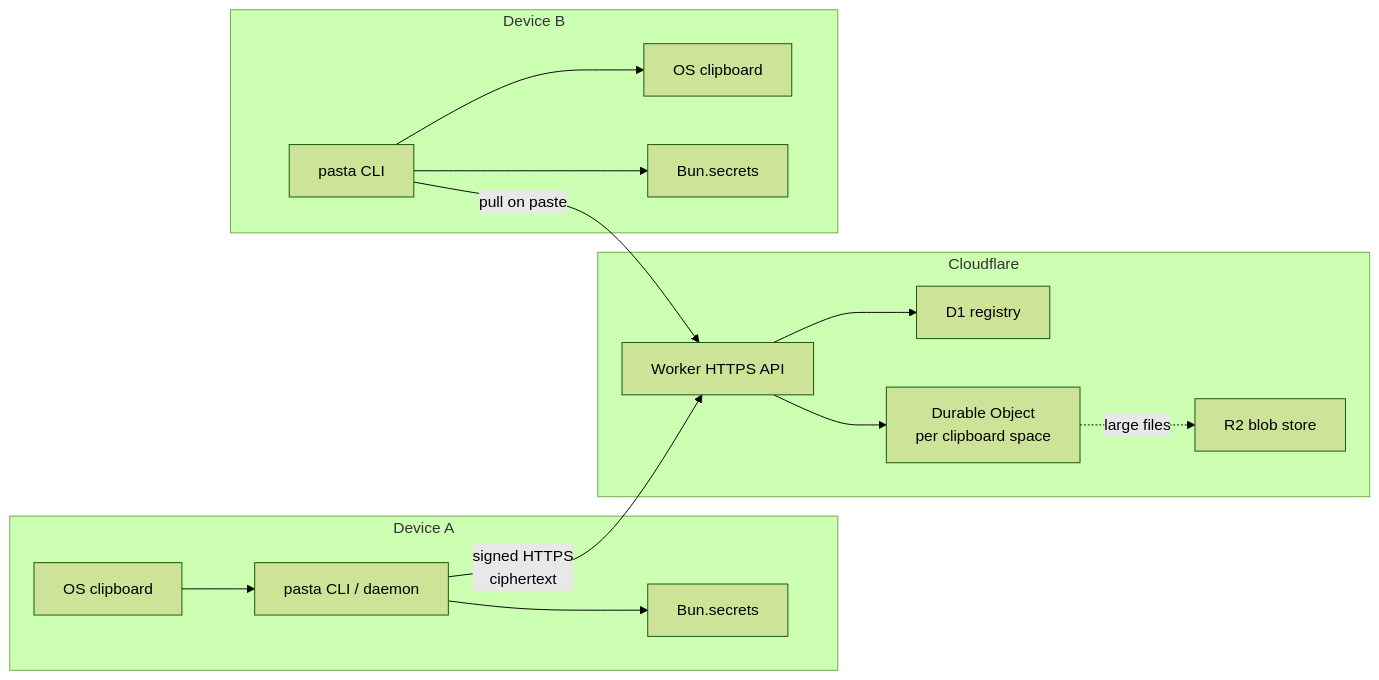
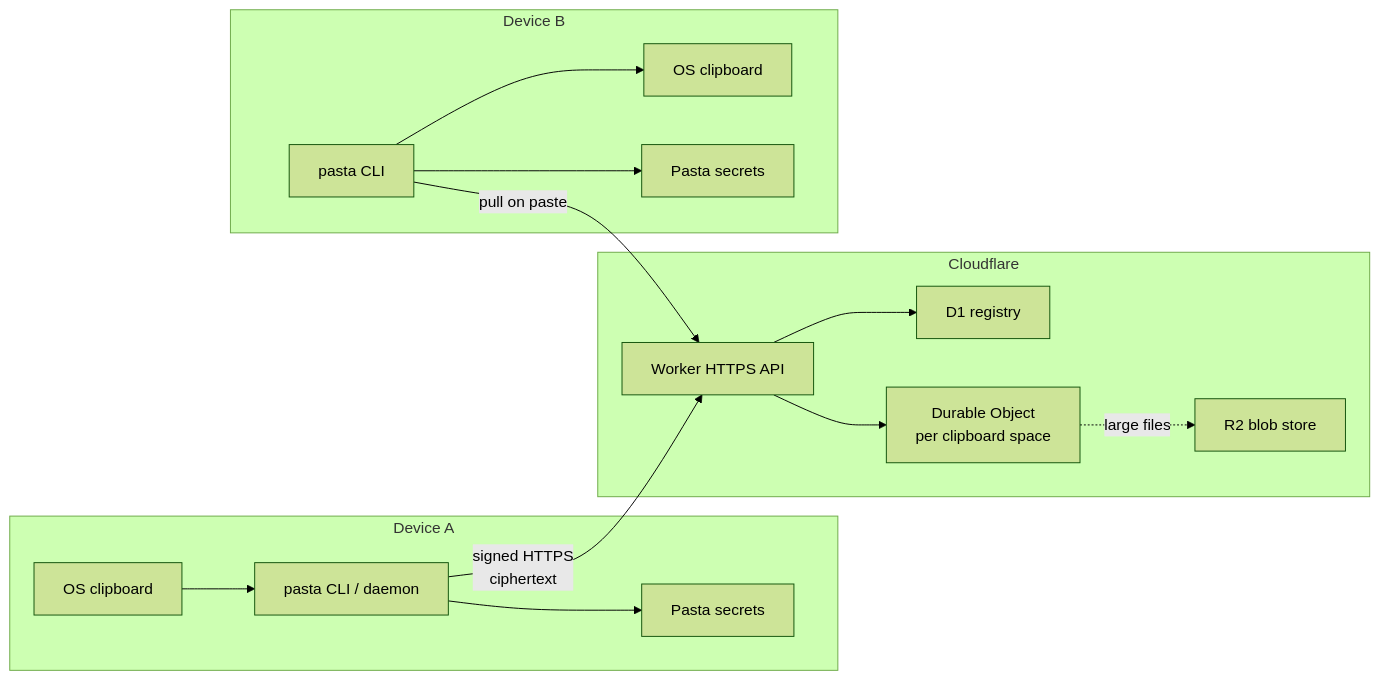
The diagram in docs-site/content/architecture.md (thehumanworks/pasta), drawn with Mermaid (forest theme) before and after one commit. The commit also changed other lines of this file and 14 other files, not shown here.

````diff
--- a/docs-site/content/architecture.md
+++ b/docs-site/content/architecture.md
@@ -11,29 +11,29 @@
 ```mermaid
 flowchart LR
   subgraph DeviceA["Device A"]
     ClipA["OS clipboard"]
     DaemonA["pasta CLI / daemon"]
-    SecretsA["Bun.secrets"]
+    SecretsA["Pasta secrets"]
   end
   subgraph Cloudflare["Cloudflare"]
     Worker["Worker HTTPS API"]
     D1["D1 registry"]
     DO["Durable Object\nper clipboard space"]
     R2["R2 blob store"]
   end
   subgraph DeviceB["Device B"]
     ClipB["OS clipboard"]
     DaemonB["pasta CLI"]
-    SecretsB["Bun.secrets"]
+    SecretsB["Pasta secrets"]
   end
 
   ClipA --> DaemonA
   DaemonA --> SecretsA
   DaemonA -- "signed HTTPS\nciphertext" --> Worker
   Worker --> D1
   Worker --> DO
   DO -. "large files" .-> R2
   DaemonB -- "pull on paste" --> Worker
   DaemonB --> SecretsB
   DaemonB --> ClipB
 ```
````
